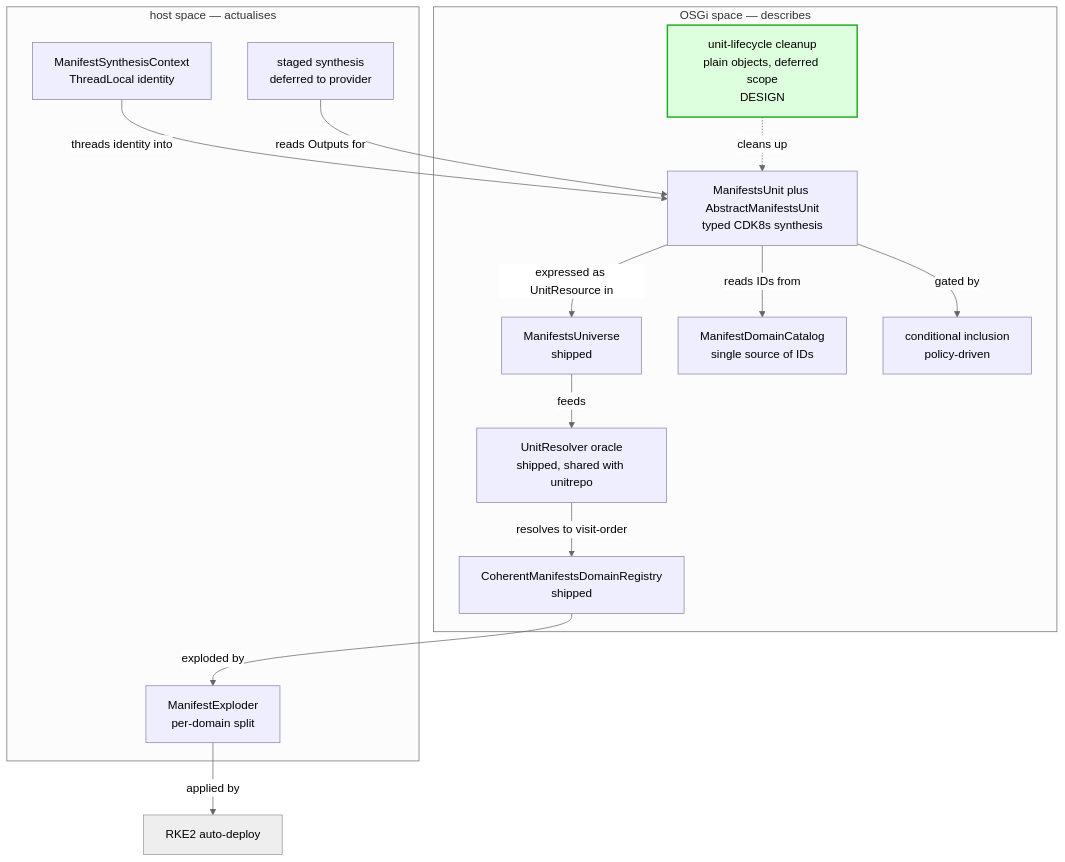
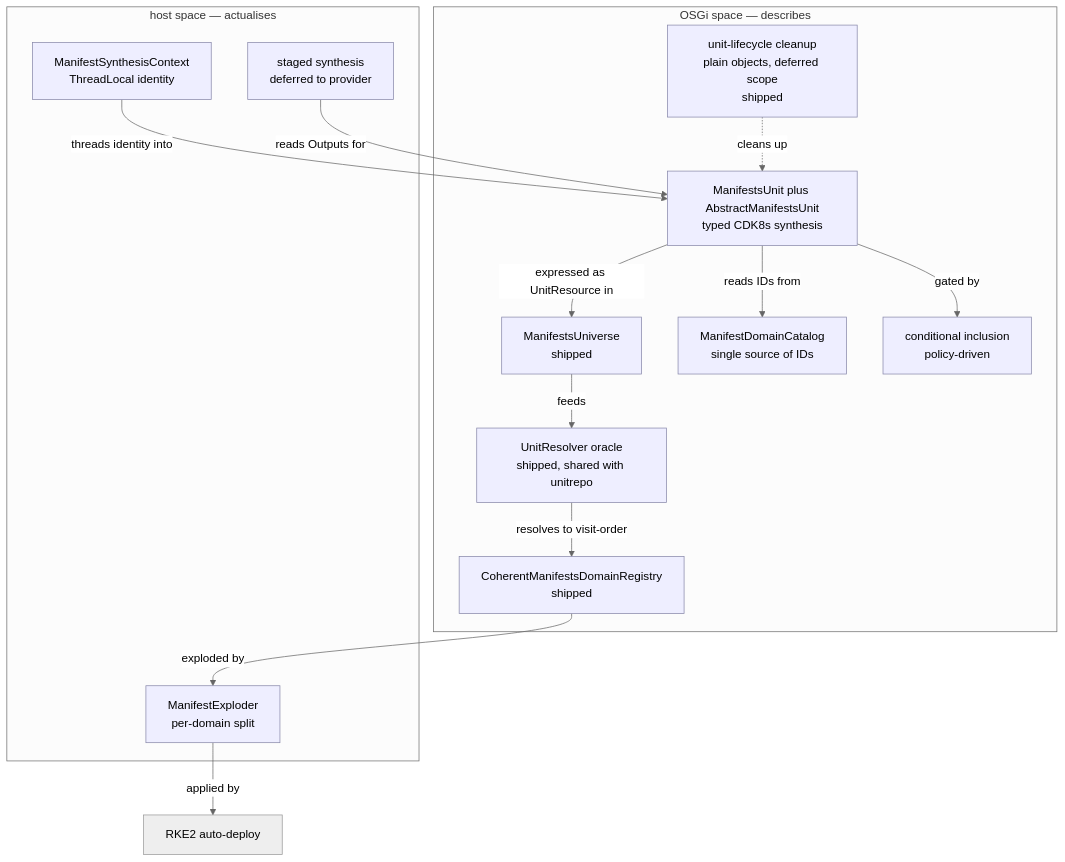
The first of 3 diagrams in docs/architecture/atlas/manifests.adoc (nxmatic/rke2lab), drawn with Mermaid (neutral theme) before and after one commit. The commit also changed other lines of this file and 35 other files, not shown here.

```diff
--- a/docs/architecture/atlas/manifests.adoc
+++ b/docs/architecture/atlas/manifests.adoc
@@ -79,34 +79,33 @@
 [mermaid]
 ....
 flowchart TB
   subgraph "OSGi space — describes"
     RES["UnitResolver oracle<br/>shipped, shared with unitrepo"]
     UNIV["ManifestsUniverse<br/>shipped"]
     COH["CoherentManifestsDomainRegistry<br/>shipped"]
     UNIT["ManifestsUnit plus AbstractManifestsUnit<br/>typed CDK8s synthesis"]
     CAT["ManifestDomainCatalog<br/>single source of IDs"]
     POL["conditional inclusion<br/>policy-driven"]
-    LIFE["unit-lifecycle cleanup<br/>plain objects, deferred scope<br/>DESIGN"]
+    LIFE["unit-lifecycle cleanup<br/>plain objects, deferred scope<br/>shipped"]
   end
   subgraph "host space — actualises"
     CTX["ManifestSynthesisContext<br/>ThreadLocal identity"]
     EXPL["ManifestExploder<br/>per-domain split"]
     STAGE["staged synthesis<br/>deferred to provider"]
   end
   RKE["RKE2 auto-deploy"]
   UNIT -->|expressed as UnitResource in| UNIV
   UNIV -->|feeds| RES
   RES -->|resolves to visit-order| COH
   UNIT -->|reads IDs from| CAT
   UNIT -->|gated by| POL
   CTX -->|threads identity into| UNIT
   COH -->|exploded by| EXPL
   STAGE -->|reads Outputs for| UNIT
   EXPL -->|applied by| RKE
   LIFE -.->|cleans up| UNIT
   classDef shipped fill:#eef,stroke:#88a,stroke-width:1px;
   classDef neu fill:#dfd,stroke:#2a2,stroke-width:2px;
   class RES,UNIV,COH shipped;
-  class UNIT,CAT,POL,CTX,EXPL,STAGE shipped;
-  class LIFE neu;
+  class UNIT,CAT,POL,CTX,EXPL,STAGE,LIFE shipped;
 ....
```
